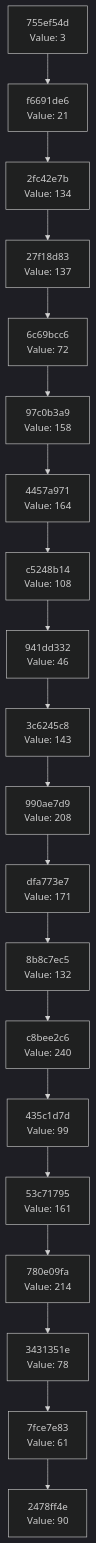
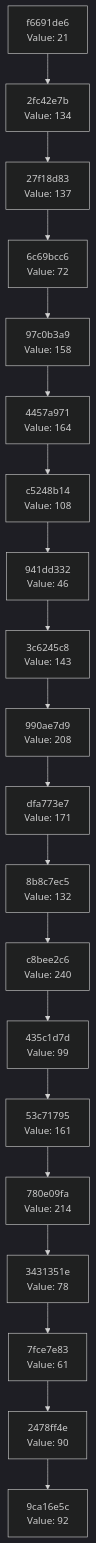
The diagram in docs/CHAIN_VISUALIZATION.md (Abhisheksinha1506/hash-chain-evolver), drawn with Mermaid (dark theme) before and after one commit. The commit also changed 3 other files, not shown here.

````diff
--- a/docs/CHAIN_VISUALIZATION.md
+++ b/docs/CHAIN_VISUALIZATION.md
@@ -3,42 +3,42 @@
 ```mermaid
 graph TD
-    C0["2478ff4e<br/>Value: 90"]
-    C1["7fce7e83<br/>Value: 61"]
+    C0["9ca16e5c<br/>Value: 92"]
+    C1["2478ff4e<br/>Value: 90"]
     C1 --> C0
-    C2["3431351e<br/>Value: 78"]
+    C2["7fce7e83<br/>Value: 61"]
     C2 --> C1
-    C3["780e09fa<br/>Value: 214"]
+    C3["3431351e<br/>Value: 78"]
     C3 --> C2
-    C4["53c71795<br/>Value: 161"]
+    C4["780e09fa<br/>Value: 214"]
     C4 --> C3
-    C5["435c1d7d<br/>Value: 99"]
+    C5["53c71795<br/>Value: 161"]
     C5 --> C4
-    C6["c8bee2c6<br/>Value: 240"]
+    C6["435c1d7d<br/>Value: 99"]
     C6 --> C5
-    C7["8b8c7ec5<br/>Value: 132"]
+    C7["c8bee2c6<br/>Value: 240"]
     C7 --> C6
-    C8["dfa773e7<br/>Value: 171"]
+    C8["8b8c7ec5<br/>Value: 132"]
     C8 --> C7
-    C9["990ae7d9<br/>Value: 208"]
+    C9["dfa773e7<br/>Value: 171"]
     C9 --> C8
-    C10["3c6245c8<br/>Value: 143"]
+    C10["990ae7d9<br/>Value: 208"]
     C10 --> C9
-    C11["941dd332<br/>Value: 46"]
+    C11["3c6245c8<br/>Value: 143"]
     C11 --> C10
-    C12["c5248b14<br/>Value: 108"]
+    C12["941dd332<br/>Value: 46"]
     C12 --> C11
-    C13["4457a971<br/>Value: 164"]
+    C13["c5248b14<br/>Value: 108"]
     C13 --> C12
-    C14["97c0b3a9<br/>Value: 158"]
+    C14["4457a971<br/>Value: 164"]
     C14 --> C13
-    C15["6c69bcc6<br/>Value: 72"]
+    C15["97c0b3a9<br/>Value: 158"]
     C15 --> C14
-    C16["27f18d83<br/>Value: 137"]
+    C16["6c69bcc6<br/>Value: 72"]
     C16 --> C15
-    C17["2fc42e7b<br/>Value: 134"]
+    C17["27f18d83<br/>Value: 137"]
     C17 --> C16
-    C18["f6691de6<br/>Value: 21"]
+    C18["2fc42e7b<br/>Value: 134"]
     C18 --> C17
-    C19["755ef54d<br/>Value: 3"]
+    C19["f6691de6<br/>Value: 21"]
     C19 --> C18
 ```
````
